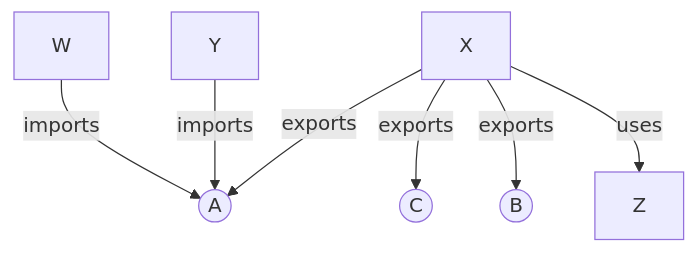
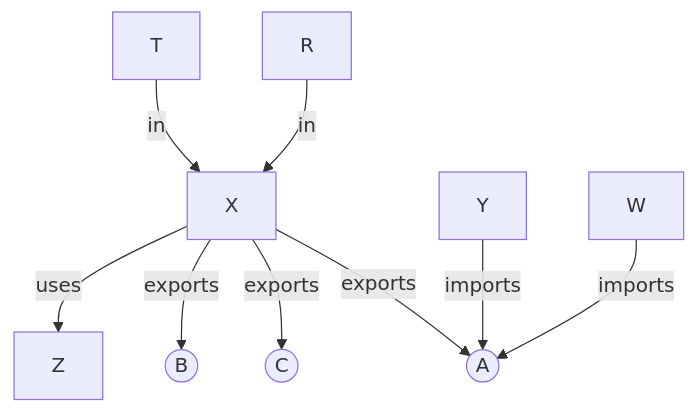
One commit to maglocvnus/data changed the diagram in m/modularisation.md. Above: the diagram before and after it, drawn with Mermaid.

Commit message:
Update mermaid diagram in modularisation.md
Added additional nodes and edges to the mermaid diagram.

````diff
--- a/m/modularisation.md
+++ b/m/modularisation.md
@@ -13,17 +13,21 @@
 ```mermaid
 graph TD
+  r[R]
+  t[T]
   x[X]
   y[Y]
   z[Z]
   w[W]
   a((A))
   b((B))
   c((C))
+  r -- in --> x
+  t -- in --> x
   x -- uses --> z
   w -- imports --> a
   y -- imports --> a
   x -- exports --> a
   x -- exports --> b
   x -- exports --> c
 
 ```
````
